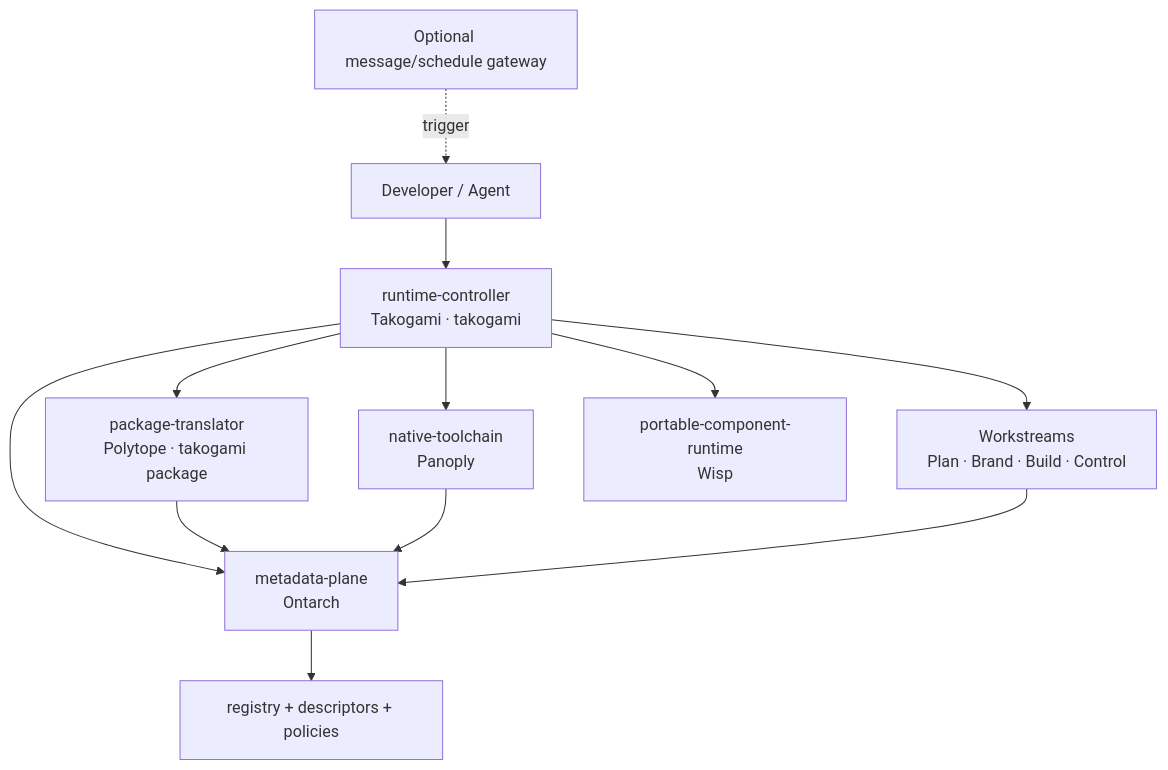
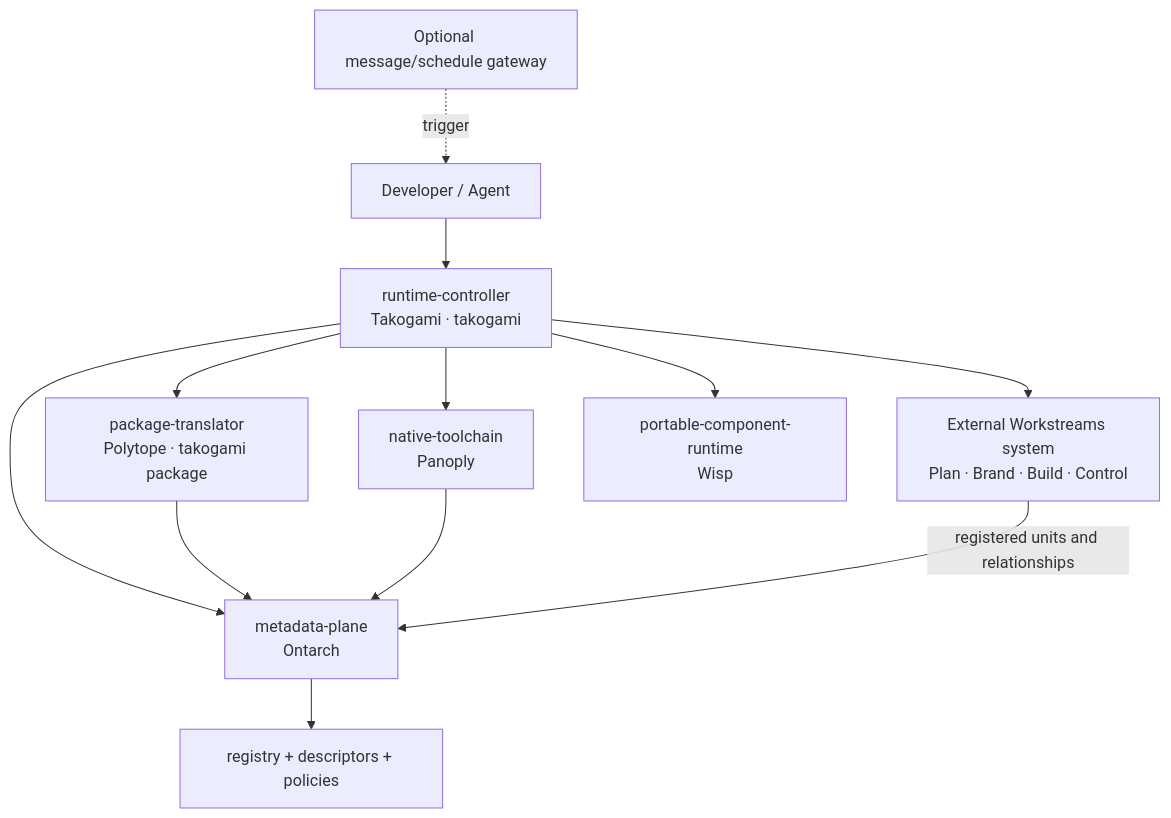
Before and after one commit to luckgrid/wfos: the second of 2 diagrams in docs/architecture.md, drawn with Mermaid. The commit also changed other lines of this file, not shown here.

Commit message:
docs(architecture): align Workstreams loop topology

````diff
--- a/docs/architecture.md
+++ b/docs/architecture.md
@@ -128,15 +144,15 @@
 ```mermaid
 flowchart TD
-  WS["Workstreams<br/>Plan · Brand · Build · Control"]
+  WS["External Workstreams system<br/>Plan · Brand · Build · Control"]
   Gateway["Optional message/schedule gateway"] -. trigger .-> Dev
   Dev[Developer / Agent] --> TKO["runtime-controller\nTakogami · takogami"]
   TKO --> WS
   TKO --> CX["metadata-plane\nOntarch"]
   TKO --> PLT["package-translator\nPolytope · takogami package"]
   TKO --> PANOPLY["native-toolchain\nPanoply"]
   TKO --> WSP["portable-component-runtime\nWisp"]
   PLT --> CX
   PANOPLY --> CX
-  WS --> CX
+  WS -->|registered units and relationships| CX
   CX --> Reg[registry + descriptors + policies]
 ```
````
